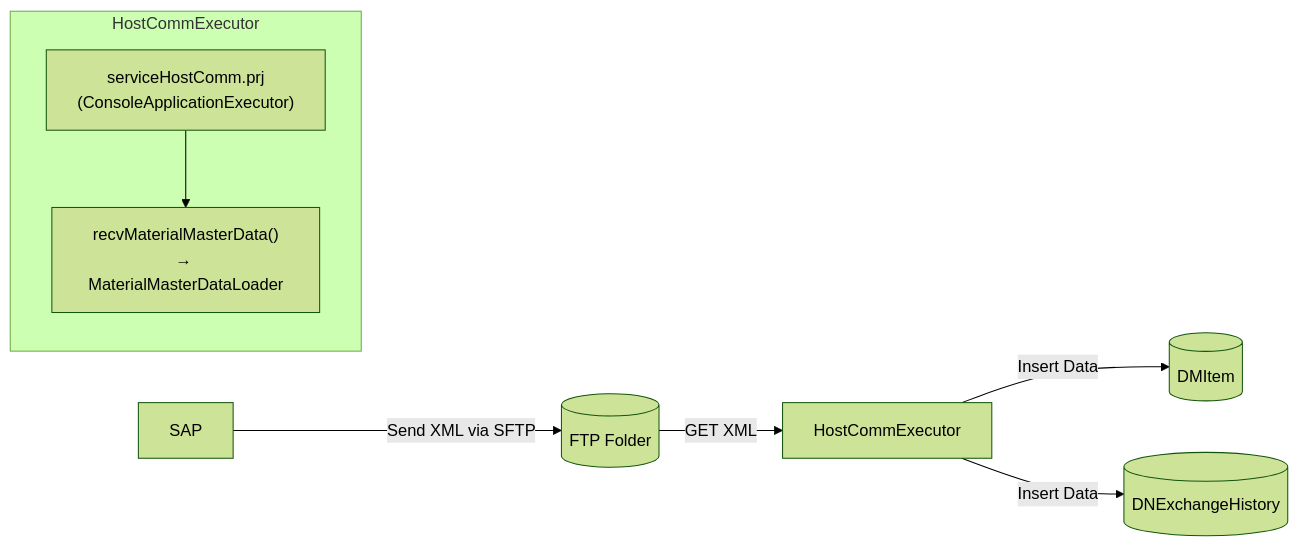
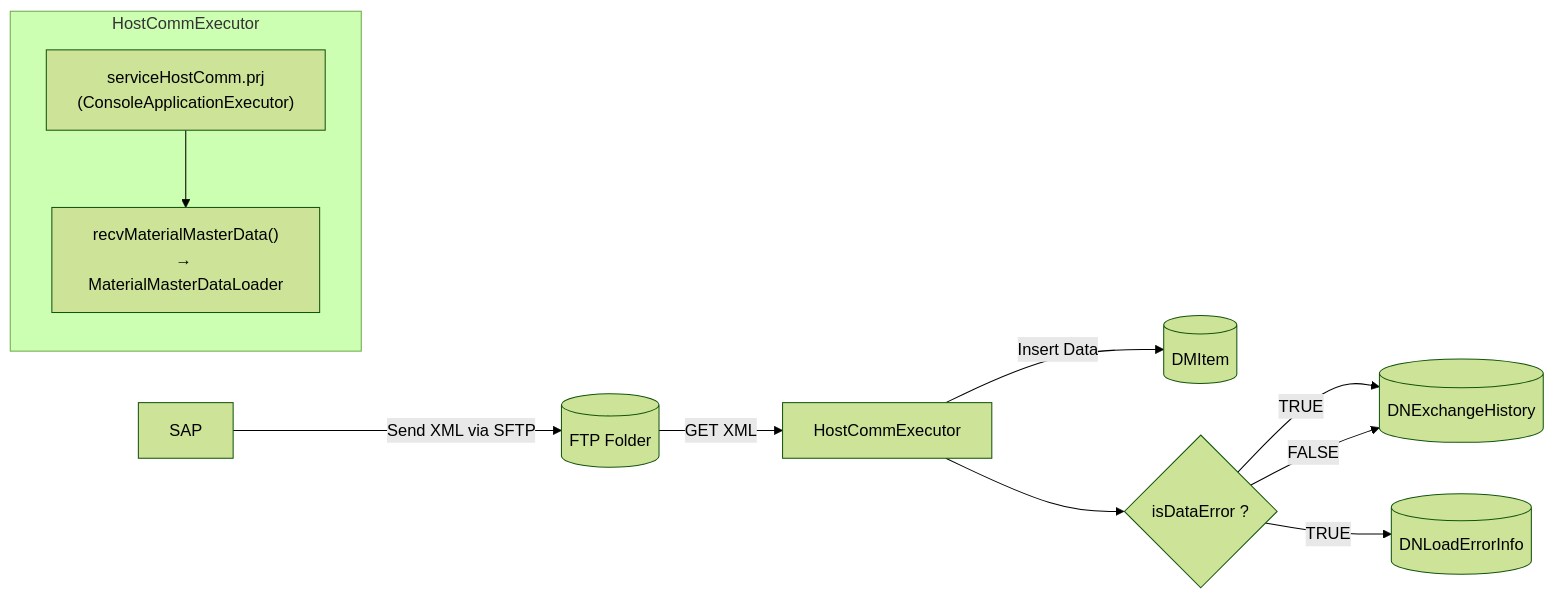
One commit to luthfiadityaa/SimeDarby-Wiki changed the diagram in Basic-Design/Host-Interfaces/Material-Master-Data.md. Above: the diagram before and after it, drawn with Mermaid (forest theme).

Commit message:
Updated Material Master Data

```diff
--- a/Basic-Design/Host-Interfaces/Material-Master-Data.md
+++ b/Basic-Design/Host-Interfaces/Material-Master-Data.md
@@ -11,13 +11,16 @@
 ::: mermaid
 flowchart LR
     A[SAP] -->|Send XML via SFTP| B[(FTP Folder)]
     B -->|GET XML| C[HostCommExecutor]
     C -->|Insert Data| E[(DMItem)]
-    C -->|Insert Data| F[(DNExchangeHistory)]
+    C --> Cond1{"isDataError ?"} 
+    Cond1 --> |TRUE| F[(DNExchangeHistory)]
+    Cond1 --> |TRUE| G[(DNLoadErrorInfo)]
+    Cond1 --> |FALSE| F
 
     subgraph HostCommExecutor
         C1["serviceHostComm.prj<br>(ConsoleApplicationExecutor)"]
         C2["recvMaterialMasterData()<br>→ MaterialMasterDataLoader"]
         C1 --> C2
     end
 :::
```
